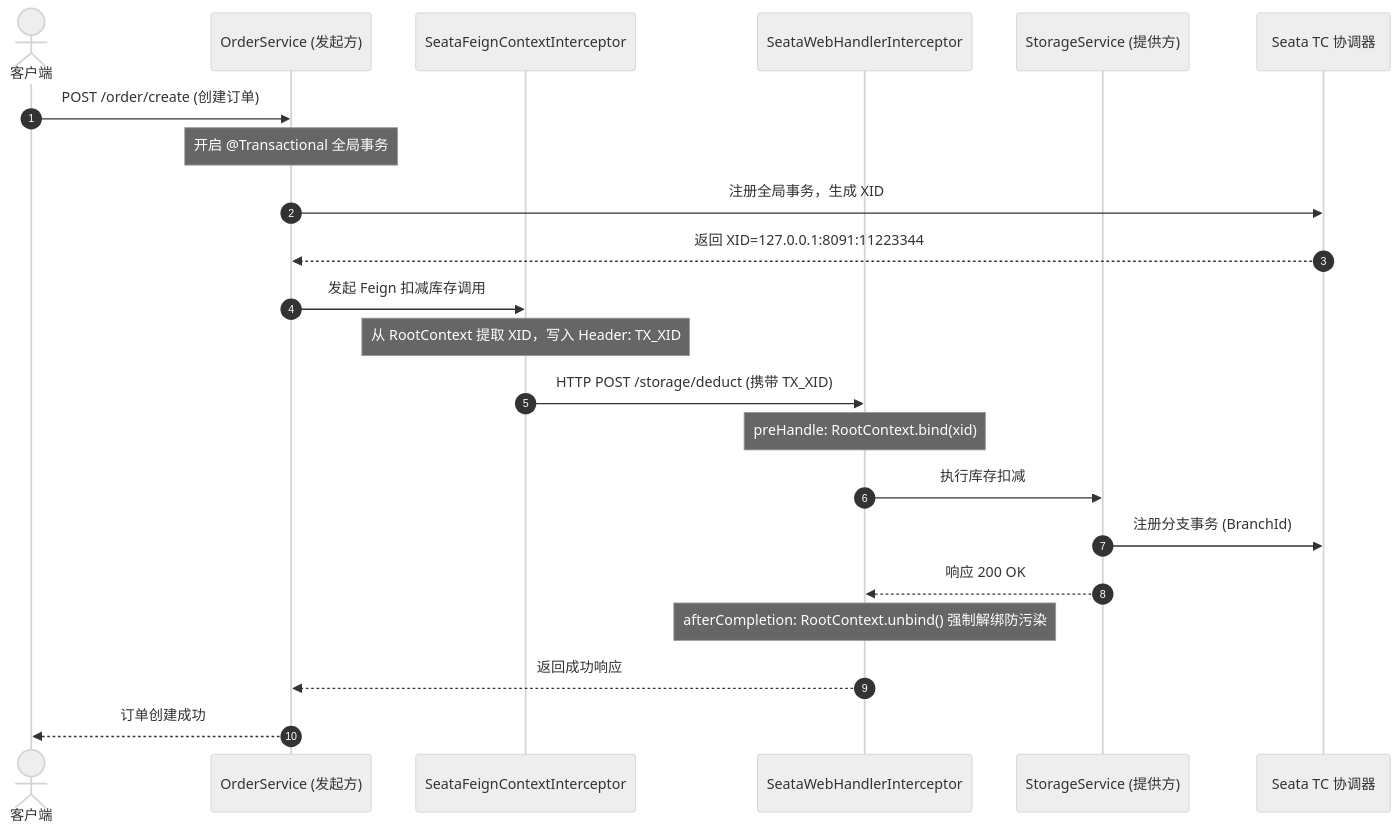
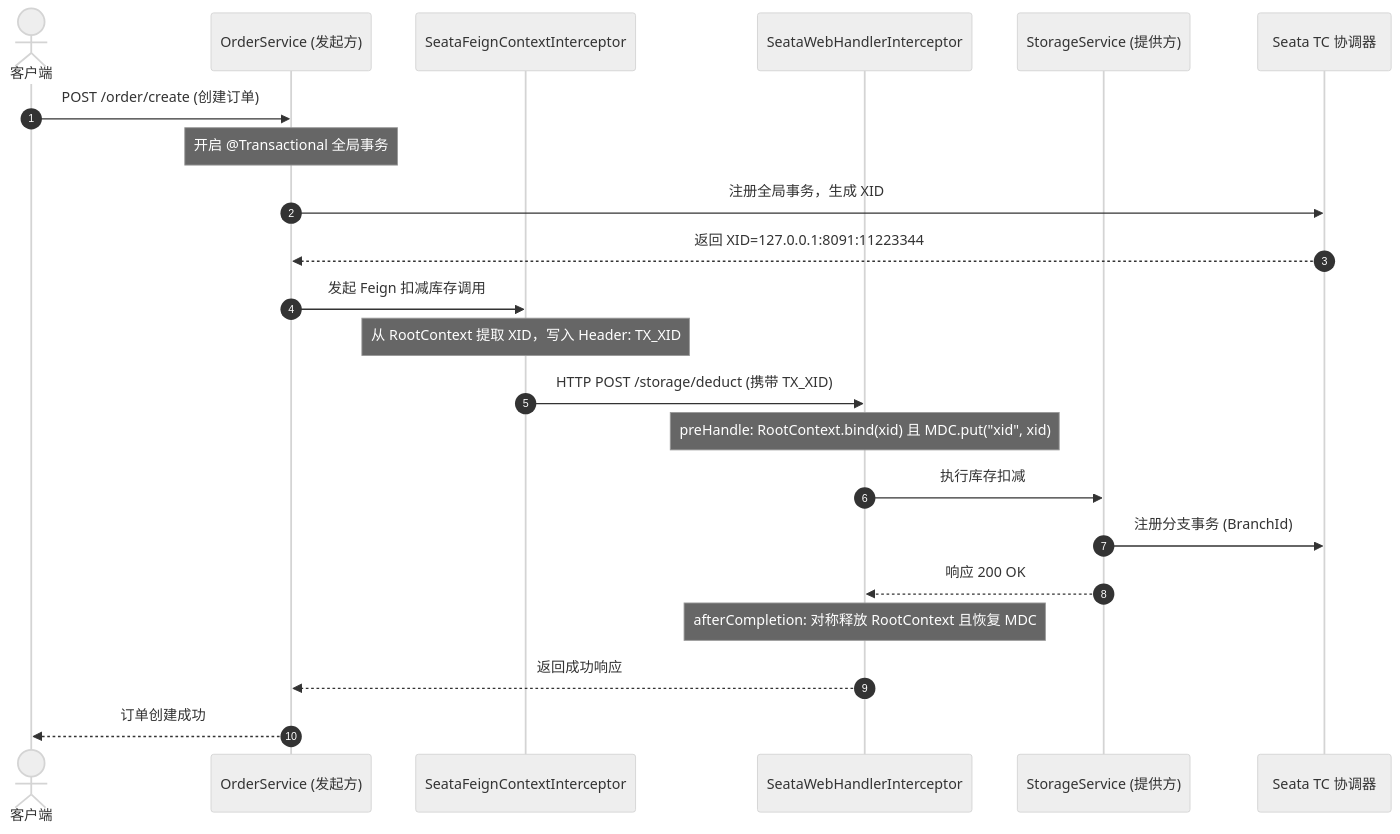
Before and after one commit to atengk/ateng-cloud: the second of 2 diagrams in ateng-cloud-seata/README.md, drawn with Mermaid (neutral theme). The commit also changed other lines of this file, not shown here.

````diff
--- a/ateng-cloud-seata/README.md
+++ b/ateng-cloud-seata/README.md
@@ -569,25 +691,25 @@
 ```mermaid
 sequenceDiagram
     autonumber
     actor Client as 客户端
     participant OrderSvc as OrderService (发起方)
     participant FeignInter as SeataFeignContextInterceptor
     participant WebInter as SeataWebHandlerInterceptor
     participant StorageSvc as StorageService (提供方)
     participant TC as Seata TC 协调器
 
     Client->>OrderSvc: POST /order/create (创建订单)
     Note over OrderSvc: 开启 @Transactional 全局事务
     OrderSvc->>TC: 注册全局事务，生成 XID
     TC-->>OrderSvc: 返回 XID=127.0.0.1:8091:11223344
     OrderSvc->>FeignInter: 发起 Feign 扣减库存调用
     Note over FeignInter: 从 RootContext 提取 XID，写入 Header: TX_XID
     FeignInter->>WebInter: HTTP POST /storage/deduct (携带 TX_XID)
-    Note over WebInter: preHandle: RootContext.bind(xid)
+    Note over WebInter: preHandle: RootContext.bind(xid) 且 MDC.put("xid", xid)
     WebInter->>StorageSvc: 执行库存扣减
     StorageSvc->>TC: 注册分支事务 (BranchId)
     StorageSvc-->>WebInter: 响应 200 OK
-    Note over WebInter: afterCompletion: RootContext.unbind() 强制解绑防污染
+    Note over WebInter: afterCompletion: 对称释放 RootContext 且恢复 MDC
     WebInter-->>OrderSvc: 返回成功响应
     OrderSvc-->>Client: 订单创建成功
 ```
````
